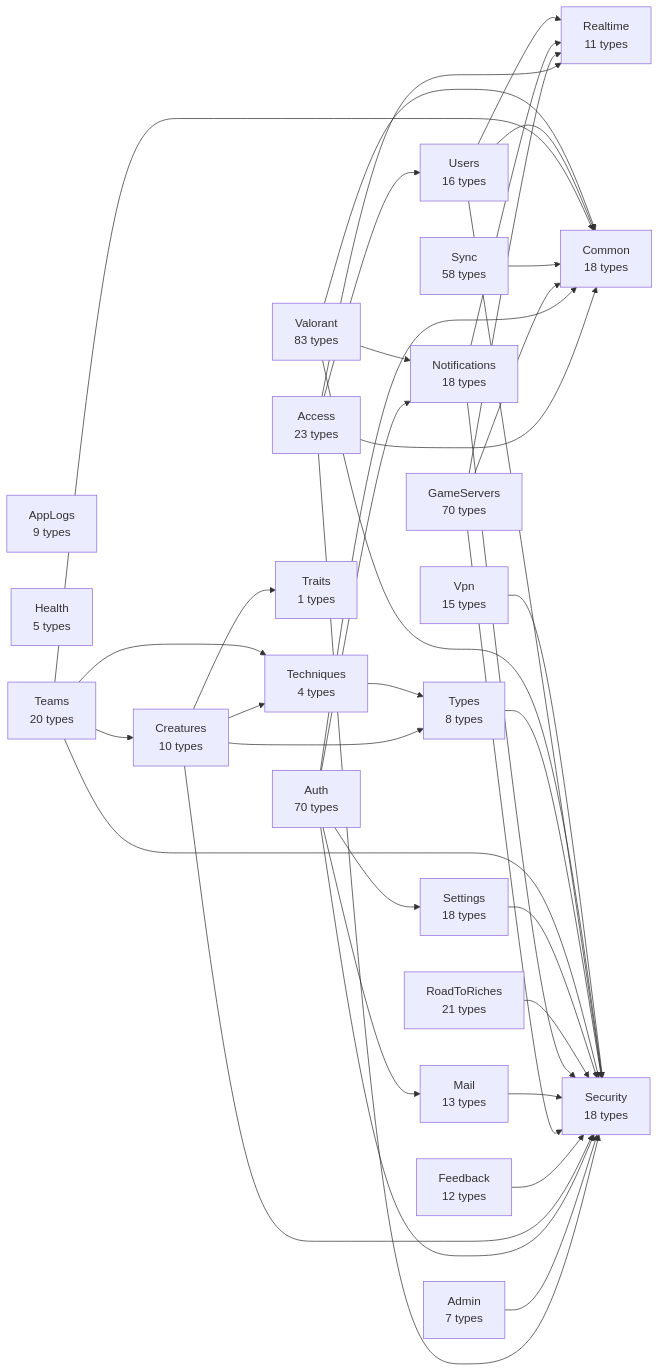
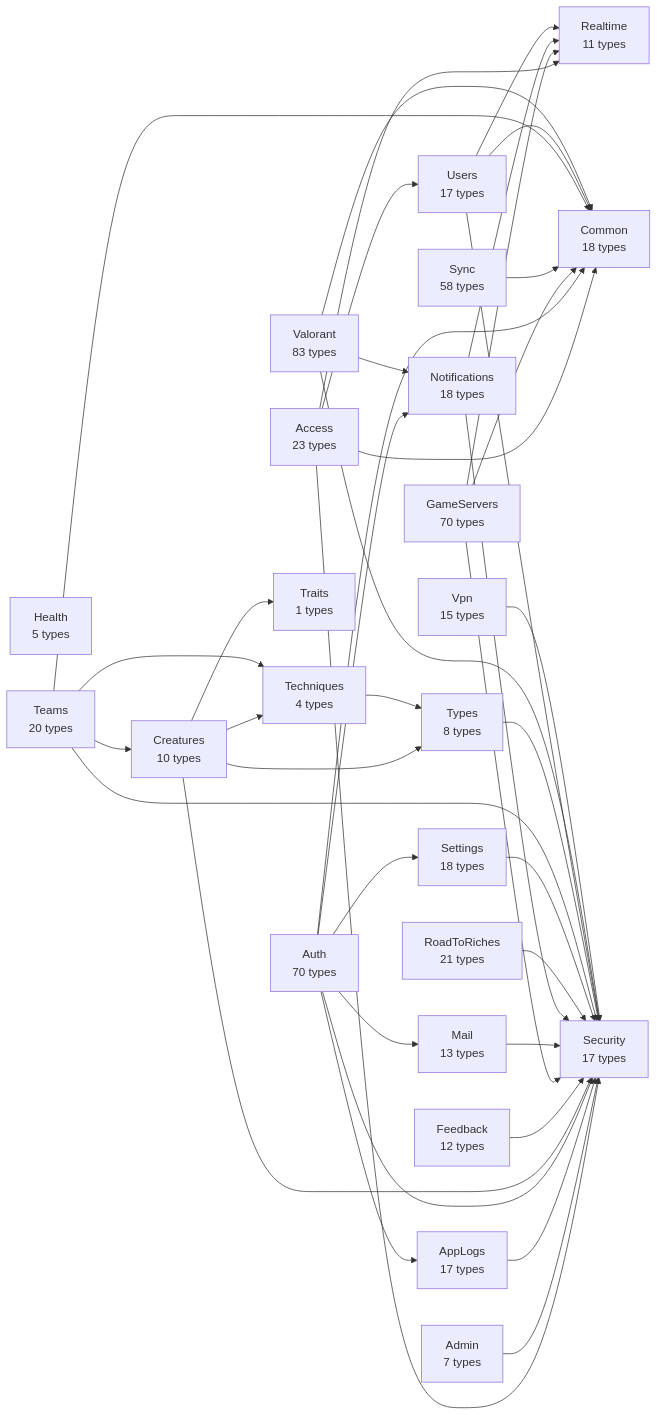
The diagram in api/docs/diagrams/00-modules.md (huiitre/Tools-app), drawn with Mermaid before and after one commit. The commit also changed 59 other files, not shown here.

````diff
--- a/api/docs/diagrams/00-modules.md
+++ b/api/docs/diagrams/00-modules.md
@@ -5,63 +5,65 @@
 ```mermaid
 flowchart LR
   Access["Access<br/>23 types"]
   Admin["Admin<br/>7 types"]
-  AppLogs["AppLogs<br/>9 types"]
+  AppLogs["AppLogs<br/>17 types"]
   Auth["Auth<br/>70 types"]
   Common["Common<br/>18 types"]
   Creatures["Creatures<br/>10 types"]
   Feedback["Feedback<br/>12 types"]
   GameServers["GameServers<br/>70 types"]
   Health["Health<br/>5 types"]
   Mail["Mail<br/>13 types"]
   Notifications["Notifications<br/>18 types"]
   Realtime["Realtime<br/>11 types"]
   RoadToRiches["RoadToRiches<br/>21 types"]
-  Security["Security<br/>18 types"]
+  Security["Security<br/>17 types"]
   Settings["Settings<br/>18 types"]
   Sync["Sync<br/>58 types"]
   Teams["Teams<br/>20 types"]
   Techniques["Techniques<br/>4 types"]
   Traits["Traits<br/>1 types"]
   Types["Types<br/>8 types"]
-  Users["Users<br/>16 types"]
+  Users["Users<br/>17 types"]
   Valorant["Valorant<br/>83 types"]
   Vpn["Vpn<br/>15 types"]
   Access --> Common
   Access --> Realtime
   Access --> Security
   Access --> Users
   Admin --> Security
+  AppLogs --> Security
+  Auth --> AppLogs
   Auth --> Common
   Auth --> Mail
   Auth --> Notifications
   Auth --> Security
   Auth --> Settings
   Creatures --> Security
   Creatures --> Techniques
   Creatures --> Traits
   Creatures --> Types
   Feedback --> Security
   GameServers --> Common
   GameServers --> Realtime
   GameServers --> Security
   Mail --> Security
   Notifications --> Realtime
   Notifications --> Security
   RoadToRiches --> Security
   Settings --> Security
   Sync --> Common
   Teams --> Common
   Teams --> Creatures
   Teams --> Security
   Teams --> Techniques
   Techniques --> Types
   Types --> Security
   Users --> Common
   Users --> Realtime
   Users --> Security
   Valorant --> Common
   Valorant --> Notifications
   Valorant --> Security
   Vpn --> Security
 ```
````
